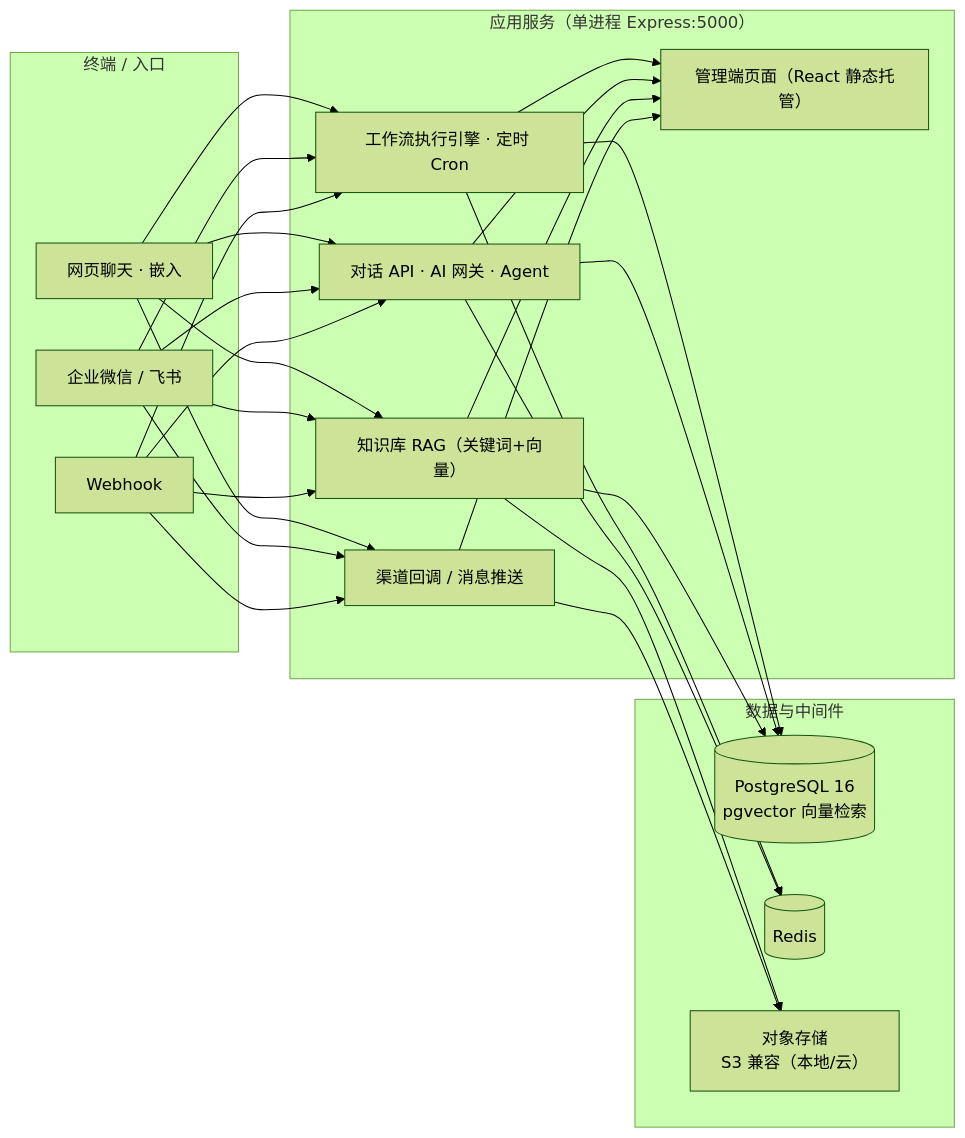
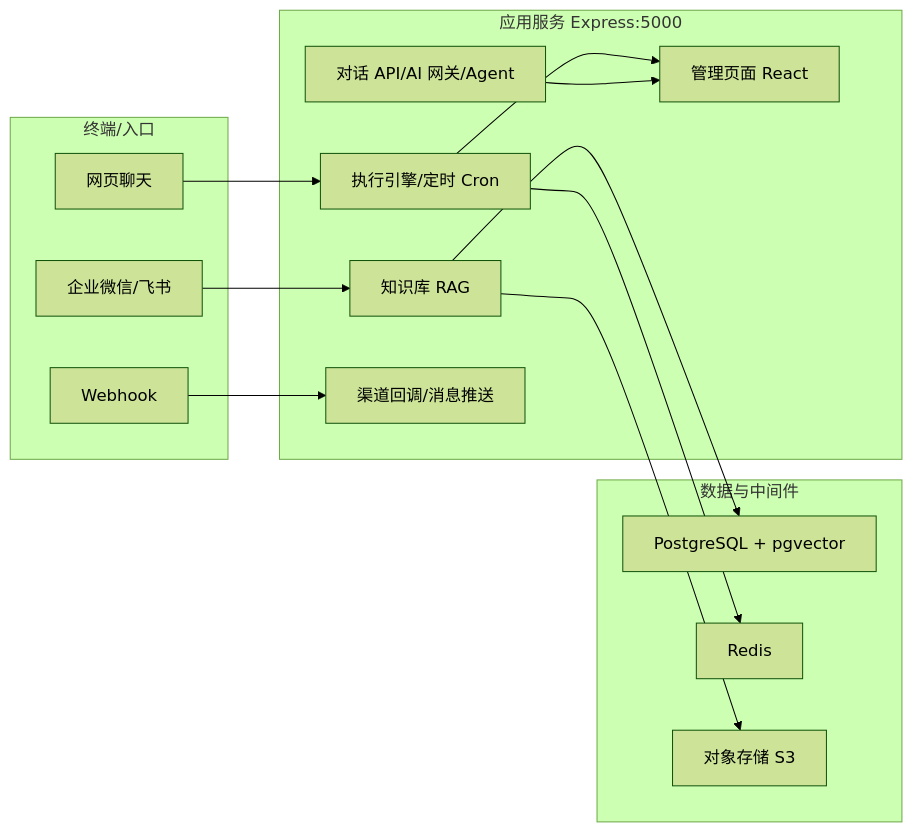
One commit to likele001/PlantFlow-community changed the second of 2 diagrams in README.md. Above: the diagram before and after it, drawn with Mermaid (forest theme). The commit also changed other lines of this file, not shown here.

Commit message:
docs: rewrite Mermaid diagrams in README for GitHub rendering compatibility

````diff
--- a/README.md
+++ b/README.md
@@ -48,25 +48,28 @@
 ```mermaid
 flowchart LR
-    subgraph Clients["终端 / 入口"]
-        A["网页聊天 · 嵌入"]
-        B["企业微信 / 飞书"]
-        C["Webhook"]
+    subgraph entrance[终端/入口]
+        A[网页聊天]
+        B[企业微信/飞书]
+        C[Webhook]
     end
-    subgraph App["应用服务（单进程 Express:5000）"]
-        D["工作流执行引擎 · 定时 Cron"]
-        E["对话 API · AI 网关 · Agent"]
-        F["知识库 RAG（关键词+向量）"]
-        G["渠道回调 / 消息推送"]
-        H["管理端页面（React 静态托管）"]
+    subgraph app[应用服务 Express:5000]
+        D[执行引擎/定时 Cron]
+        E[对话 API/AI 网关/Agent]
+        F[知识库 RAG]
+        G[渠道回调/消息推送]
+        H[管理页面 React]
     end
-    subgraph Data["数据与中间件"]
-        I[("PostgreSQL 16<br/>pgvector 向量检索")]
-        J[("Redis")]
-        K["对象存储<br/>S3 兼容（本地/云）"]
+    subgraph data[数据与中间件]
+        I[PostgreSQL + pgvector]
+        J[Redis]
+        K[对象存储 S3]
     end
-    A & B & C --> D & E & F & G
-    D & E & F & G --> H
-    D & E & F --> I
-    D & E --> J
-    F & G --> K
+    A --> D
+    B --> F
+    C --> G
+    D --> H
+    E --> H
+    F --> I
+    D --> J
+    F --> K
 ```
````
